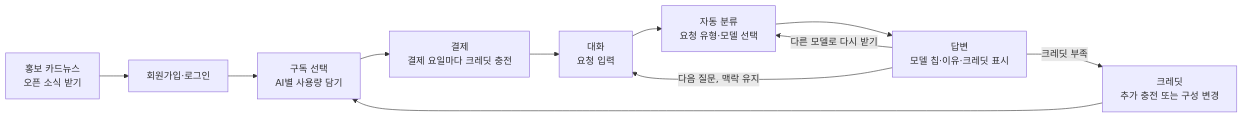
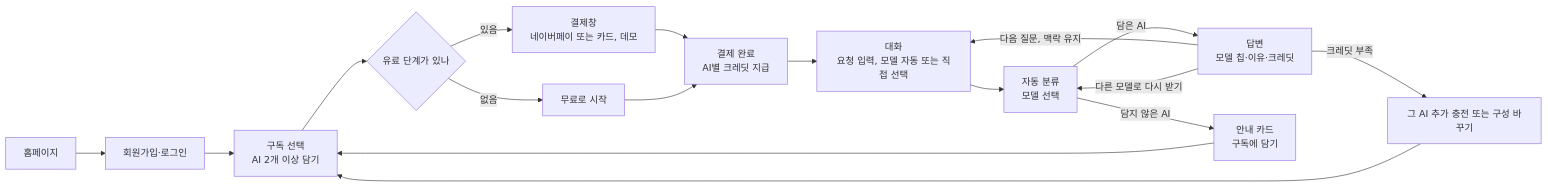
The diagram in docs/PRD.md (bunnyjeong022204-alt/Siempre), drawn with Mermaid before and after one commit. The commit also changed other lines of this file and 10 other files, not shown here.

````diff
--- a/docs/PRD.md
+++ b/docs/PRD.md
@@ -219,13 +285,19 @@
 ```mermaid
 flowchart LR
-  A[홍보 카드뉴스<br/>오픈 소식 받기] --> L[회원가입·로그인]
-  L --> B[구독 선택<br/>AI별 사용량 담기]
-  B --> C[결제<br/>결제 요일마다 크레딧 충전]
-  C --> D[대화<br/>요청 입력]
-  D --> E[자동 분류<br/>요청 유형·모델 선택]
-  E --> F[답변<br/>모델 칩·이유·크레딧 표시]
-  F -- 다음 질문, 맥락 유지 --> D
-  F -- 다른 모델로 다시 받기 --> E
-  F -- 크레딧 부족 --> G[크레딧<br/>추가 충전 또는 구성 변경]
-  G --> B
+  A[홈페이지] --> L[회원가입·로그인]
+  L --> B[구독 선택<br/>AI 2개 이상 담기]
+  B --> C{유료 단계가 있나}
+  C -- 있음 --> D[결제창<br/>네이버페이 또는 카드, 데모]
+  C -- 없음 --> E[무료로 시작]
+  D --> F[결제 완료<br/>AI별 크레딧 지급]
+  E --> F
+  F --> G[대화<br/>요청 입력, 모델 자동 또는 직접 선택]
+  G --> H[자동 분류<br/>모델 선택]
+  H -- 담은 AI --> I[답변<br/>모델 칩·이유·크레딧]
+  H -- 담지 않은 AI --> J[안내 카드<br/>구독에 담기]
+  J --> B
+  I -- 다음 질문, 맥락 유지 --> G
+  I -- 다른 모델로 다시 받기 --> H
+  I -- 크레딧 부족 --> K[그 AI 추가 충전 또는 구성 바꾸기]
+  K --> B
 ```
````
